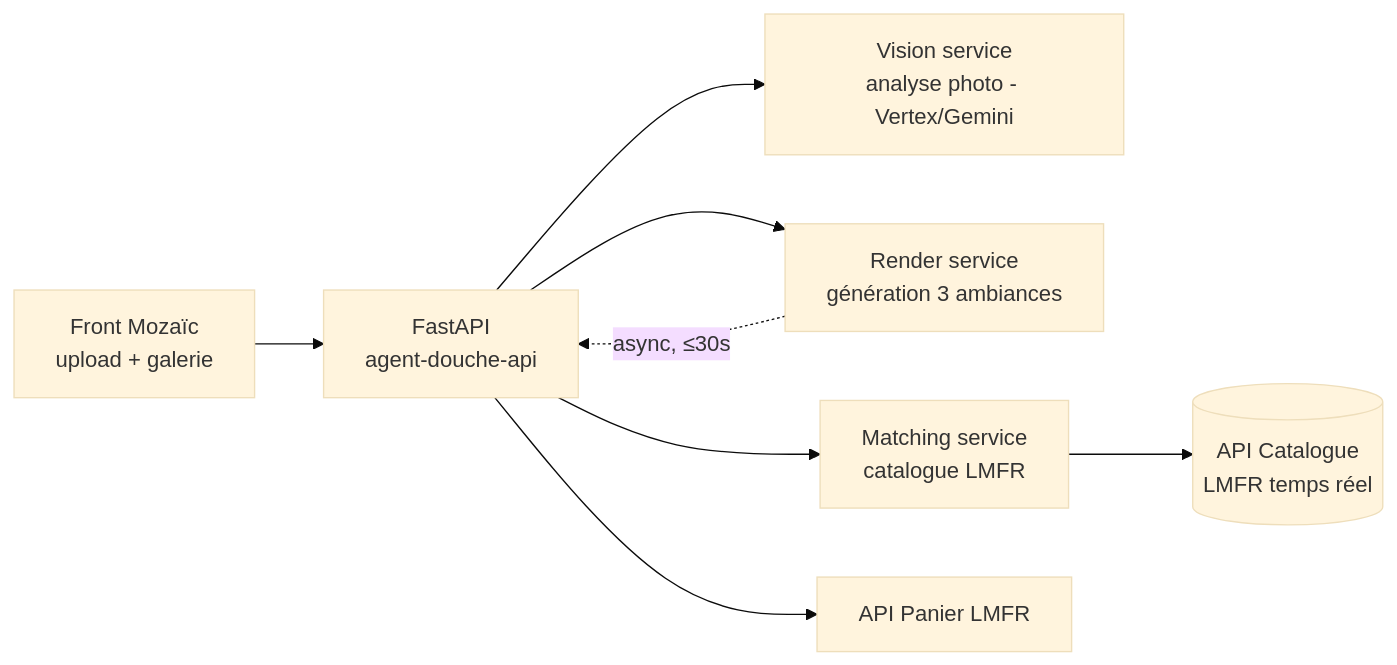
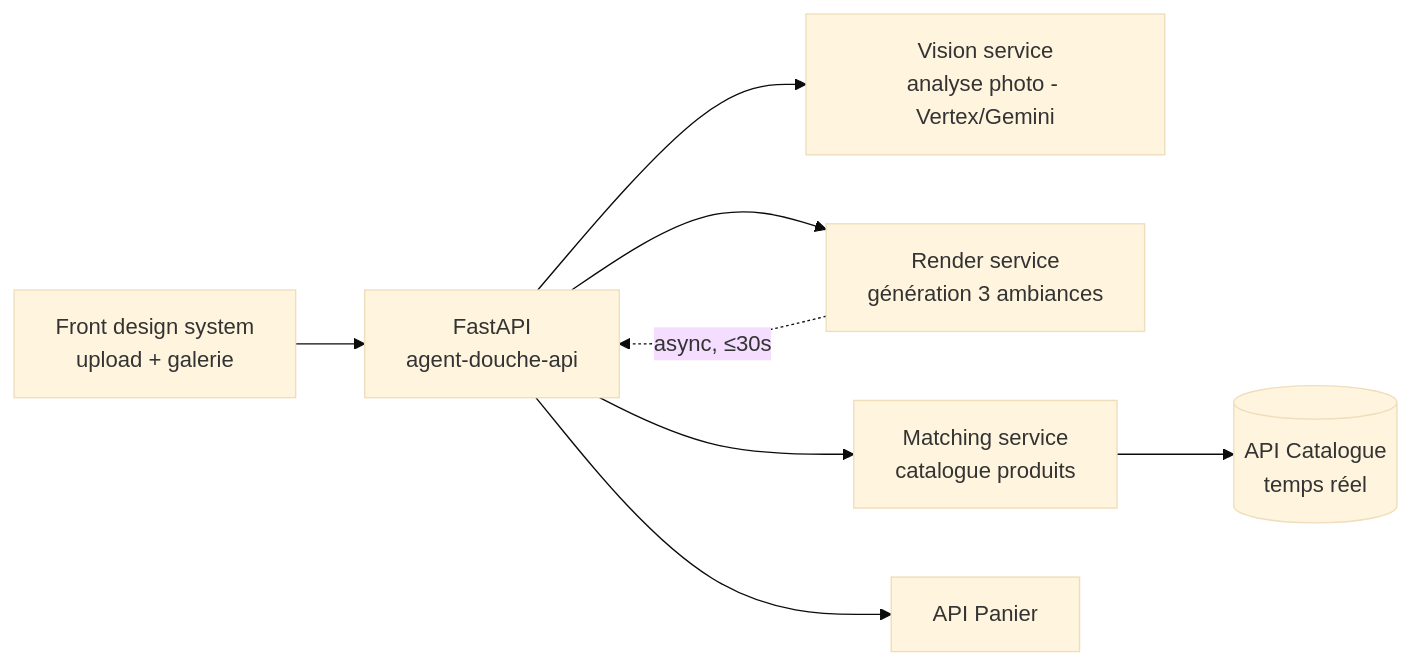
One commit to antoinelef23/Claudo changed the diagram in examples/agent-douche/design.md. Above: the diagram before and after it, drawn with Mermaid (base theme). The commit also changed other lines of this file and 39 other files, not shown here.

````diff
--- a/examples/agent-douche/design.md
+++ b/examples/agent-douche/design.md
@@ -17,10 +17,10 @@
 ```mermaid
 flowchart LR
-    UI[Front Mozaïc<br/>upload + galerie] --> API[FastAPI<br/>agent-douche-api]
-    API --> VISION[Vision service<br/>analyse photo - Vertex/Gemini]
-    API --> RENDER[Render service<br/>génération 3 ambiances]
-    API --> MATCH[Matching service<br/>catalogue LMFR]
-    MATCH --> CAT[(API Catalogue<br/>LMFR temps réel)]
-    API --> CART[API Panier LMFR]
-    RENDER -.->|async, ≤30s| API
+ UI[Front design system<br/>upload + galerie] --> API[FastAPI<br/>agent-douche-api]
+ API --> VISION[Vision service<br/>analyse photo - Vertex/Gemini]
+ API --> RENDER[Render service<br/>génération 3 ambiances]
+ API --> MATCH[Matching service<br/>catalogue produits]
+ MATCH --> CAT[(API Catalogue<br/>temps réel)]
+ API --> CART[API Panier]
+ RENDER -.->|async, ≤30s| API
 ```
````
